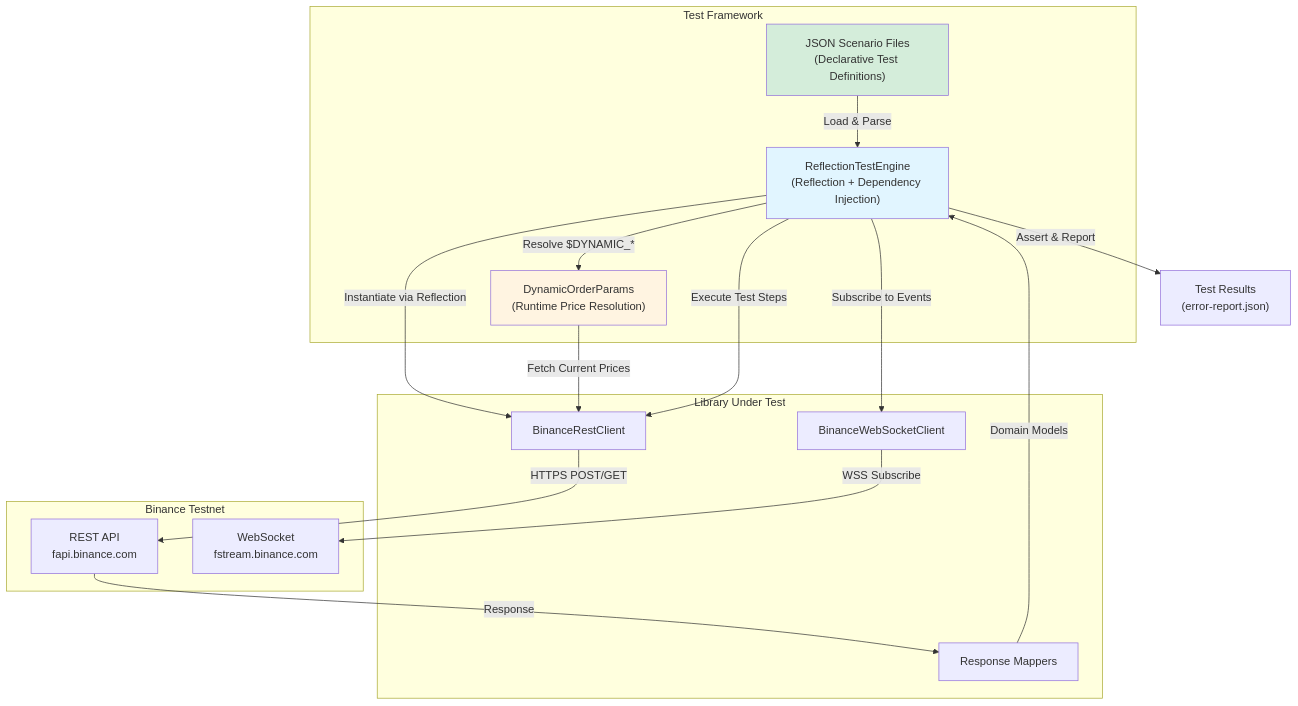
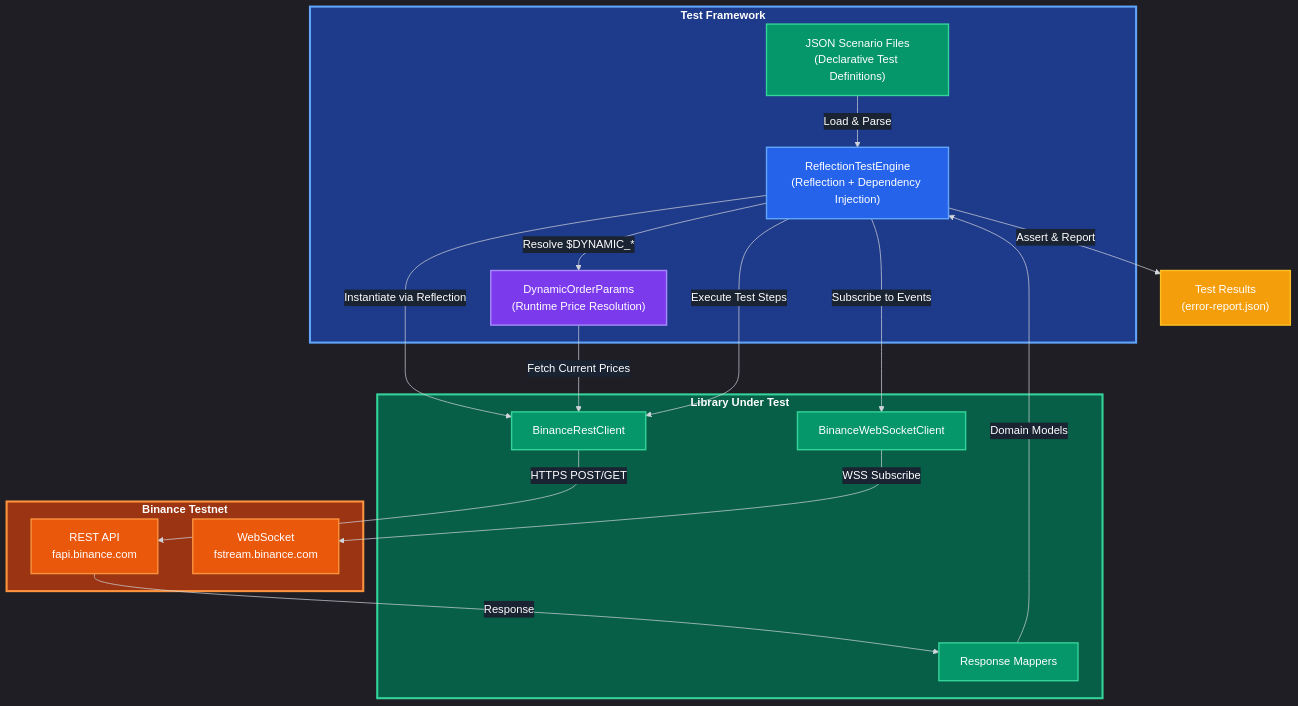
The ninth of 10 diagrams in README.md (ArmandRicheletKleinberg/Ark.Alliance.Trading.Providers.Lib), drawn with Mermaid before and after one commit. The commit also changed other lines of this file, not shown here.

First line of the commit message:
feat: convert all diagrams to professional dark theme

````diff
--- a/README.md
+++ b/README.md
@@ -668,35 +706,45 @@
 ```mermaid
+%%{init: {'theme':'dark', 'themeVariables': {'primaryColor':'#1e3a5f','primaryTextColor':'#fff','primaryBorderColor':'#60a5fa','lineColor':'#d1d5db','secondaryColor':'#2d4a6c','tertiaryColor':'#3a5f7d','textColor':'#fff','background':'#0d1117','mainBkg':'#1e3a5f','nodeBorder':'#60a5fa','clusterBkg':'#1a2332','clusterBorder':'#60a5fa','edgeLabelBackground':'#1a2332'}}}%%
 flowchart TB
-    subgraph TestFramework["Test Framework"]
+    subgraph TestFramework["<b>Test Framework</b>"]
         Engine["ReflectionTestEngine<br/>(Reflection + Dependency Injection)"]
         DynParams["DynamicOrderParams<br/>(Runtime Price Resolution)"]
         Scenarios["JSON Scenario Files<br/>(Declarative Test Definitions)"]
     end
     
-    subgraph LibraryUnderTest["Library Under Test"]
+    subgraph LibraryUnderTest["<b>Library Under Test</b>"]
         RestClient["BinanceRestClient"]
         WSClient["BinanceWebSocketClient"]
         Mappers["Response Mappers"]
     end
     
-    subgraph ExternalAPI["Binance Testnet"]
+    subgraph ExternalAPI["<b>Binance Testnet</b>"]
         REST["REST API<br/>fapi.binance.com"]
         WS["WebSocket<br/>fstream.binance.com"]
     end
     
     Scenarios -->|Load & Parse| Engine
     Engine -->|Instantiate via Reflection| RestClient
     Engine -->|Resolve $DYNAMIC_*| DynParams
     DynParams -->|Fetch Current Prices| RestClient
     Engine -->|Execute Test Steps| RestClient
     Engine -->|Subscribe to Events| WSClient
     RestClient -->|HTTPS POST/GET| REST
     WSClient -->|WSS Subscribe| WS
     REST -->|Response| Mappers
     Mappers -->|Domain Models| Engine
     Engine -->|Assert & Report| TestResults["Test Results<br/>(error-report.json)"]
     
-    style Engine fill:#e1f5ff
-    style DynParams fill:#fff4e1
-    style Scenarios fill:#d4edda
+    style Engine fill:#2563eb,stroke:#60a5fa,stroke-width:2px,color:#fff
+    style DynParams fill:#7c3aed,stroke:#a78bfa,stroke-width:2px,color:#fff
+    style Scenarios fill:#059669,stroke:#34d399,stroke-width:2px,color:#fff
+    style RestClient fill:#059669,stroke:#34d399,stroke-width:2px,color:#fff
+    style WSClient fill:#059669,stroke:#34d399,stroke-width:2px,color:#fff
+    style Mappers fill:#059669,stroke:#34d399,stroke-width:2px,color:#fff
+    style REST fill:#ea580c,stroke:#fb923c,stroke-width:2px,color:#fff
+    style WS fill:#ea580c,stroke:#fb923c,stroke-width:2px,color:#fff
+    style TestResults fill:#f59e0b,stroke:#fbbf24,stroke-width:2px,color:#fff
+    style TestFramework fill:#1e3a8a,stroke:#60a5fa,stroke-width:3px,color:#fff
+    style LibraryUnderTest fill:#065f46,stroke:#34d399,stroke-width:3px,color:#fff
+    style ExternalAPI fill:#9a3412,stroke:#fb923c,stroke-width:3px,color:#fff
 ```
````
